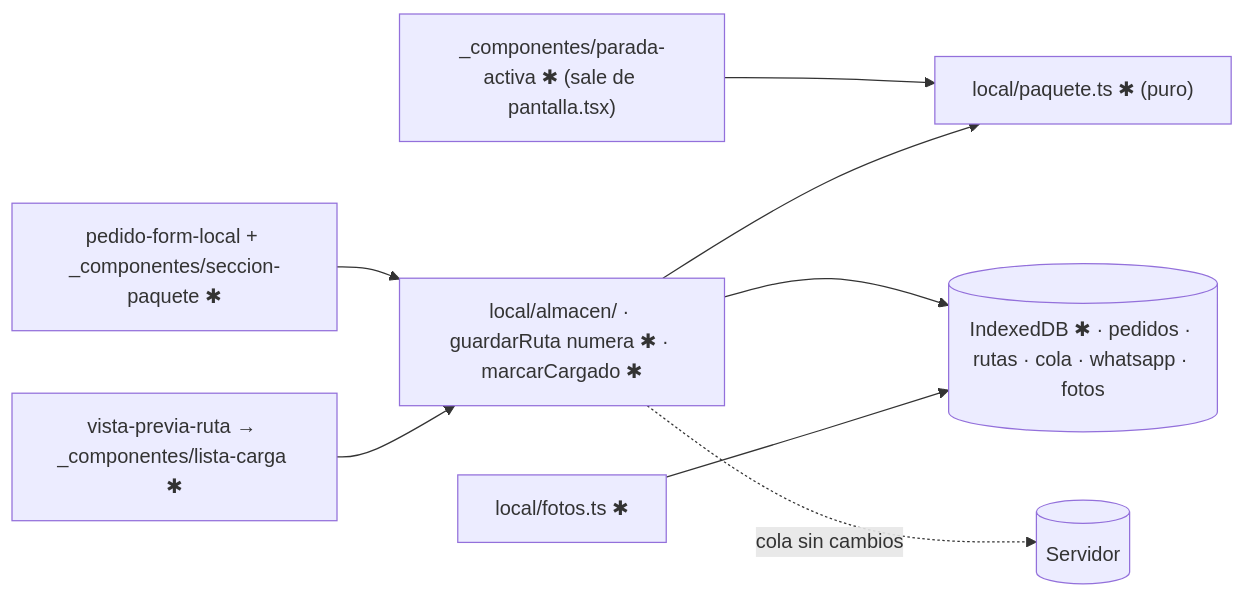
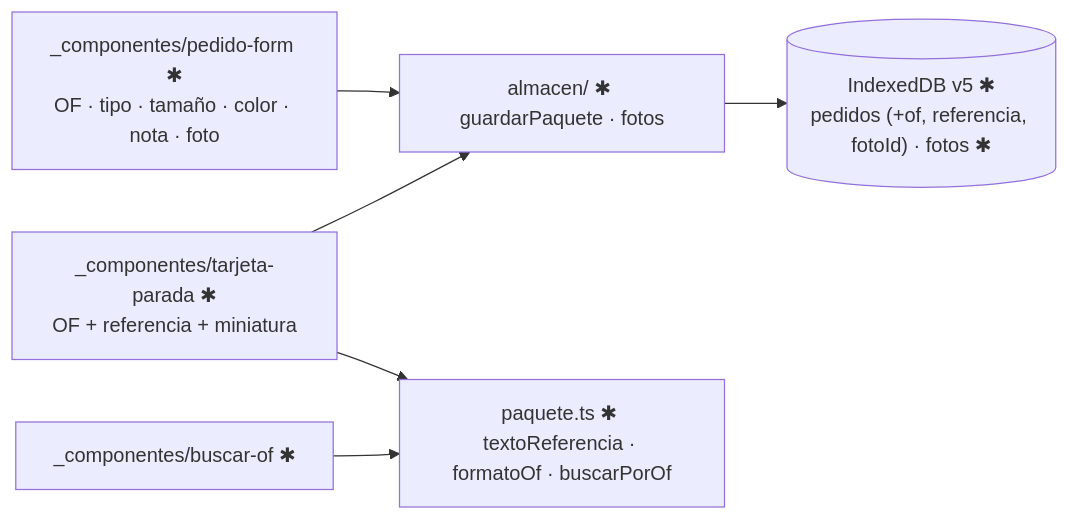
Before and after one commit to etianypr/ProyectoAres: the diagram in specs/003-referencia-paquete/plan.md, drawn with Mermaid. The commit also changed other lines of this file and 426 other files, not shown here.

````diff
--- a/specs/003-referencia-paquete/plan.md
+++ b/specs/003-referencia-paquete/plan.md
@@ -31,10 +35,13 @@
 ```mermaid
 flowchart LR
-  FORM["pedido-form-local + _componentes/seccion-paquete ✱"] --> ALM
-  RUTA["vista-previa-ruta → _componentes/lista-carga ✱"] --> ALM
-  PARADA["_componentes/parada-activa ✱ (sale de pantalla.tsx)"] --> PAQ
-  ALM["local/almacen/ · guardarRuta numera ✱ · marcarCargado ✱"] --> PAQ["local/paquete.ts ✱ (puro)"]
-  ALM --> IDB[("IndexedDB ✱ · pedidos · rutas · cola · whatsapp · fotos")]
-  FOT["local/fotos.ts ✱"] --> IDB
-  ALM -. "cola sin cambios" .-> SRV[("Servidor")]
+  FORM["_componentes/pedido-form ✱<br/>OF · tipo · tamaño · color · nota · foto"]
+  TAR["_componentes/tarjeta-parada ✱<br/>OF + referencia + miniatura"]
+  BUS["_componentes/buscar-of ✱"]
+  ALM["almacen/ ✱ guardarPaquete · fotos"]
+  PURA["paquete.ts ✱ textoReferencia · formatoOf · buscarPorOf"]
+  IDB[("IndexedDB v5 ✱<br/>pedidos (+of, referencia, fotoId) · fotos ✱")]
+  FORM --> ALM --> IDB
+  TAR --> PURA
+  BUS --> PURA
+  TAR --> ALM
 ```
````
